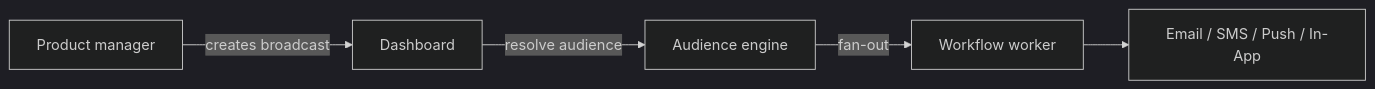
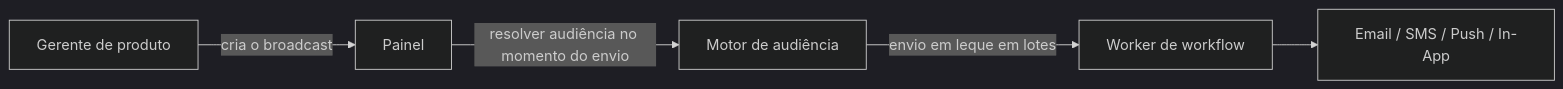
The diagram in content/docs/pt/platform/features/broadcasts.mdx (KriyanshKhunt/nexus_docs), drawn with Mermaid (dark theme) before and after one commit. The commit also changed other lines of this file and 31 other files, not shown here.

````diff
--- a/content/docs/pt/platform/features/broadcasts.mdx
+++ b/content/docs/pt/platform/features/broadcasts.mdx
@@ -16,7 +19,7 @@
 ```mermaid
 flowchart LR
-  PM[Product manager] -->|creates broadcast| Dash[Dashboard]
-  Dash -->|resolve audience| Aud[Audience engine]
-  Aud -->|fan-out| Worker[Workflow worker]
+  PM[Gerente de produto] -->|cria o broadcast| Dash[Painel]
+  Dash -->|resolver audiência no momento do envio| Aud[Motor de audiência]
+  Aud -->|envio em leque em lotes| Worker[Worker de workflow]
   Worker --> Ch[Email / SMS / Push / In-App]
 ```
````
